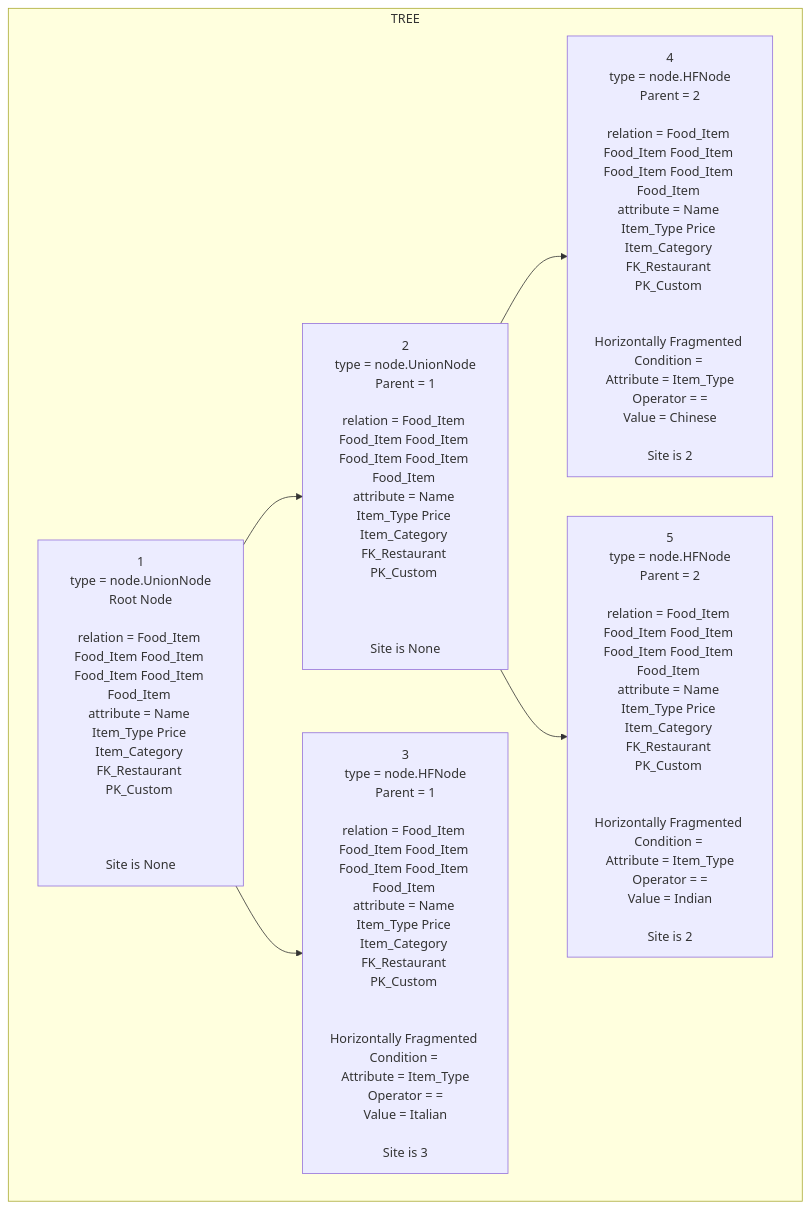
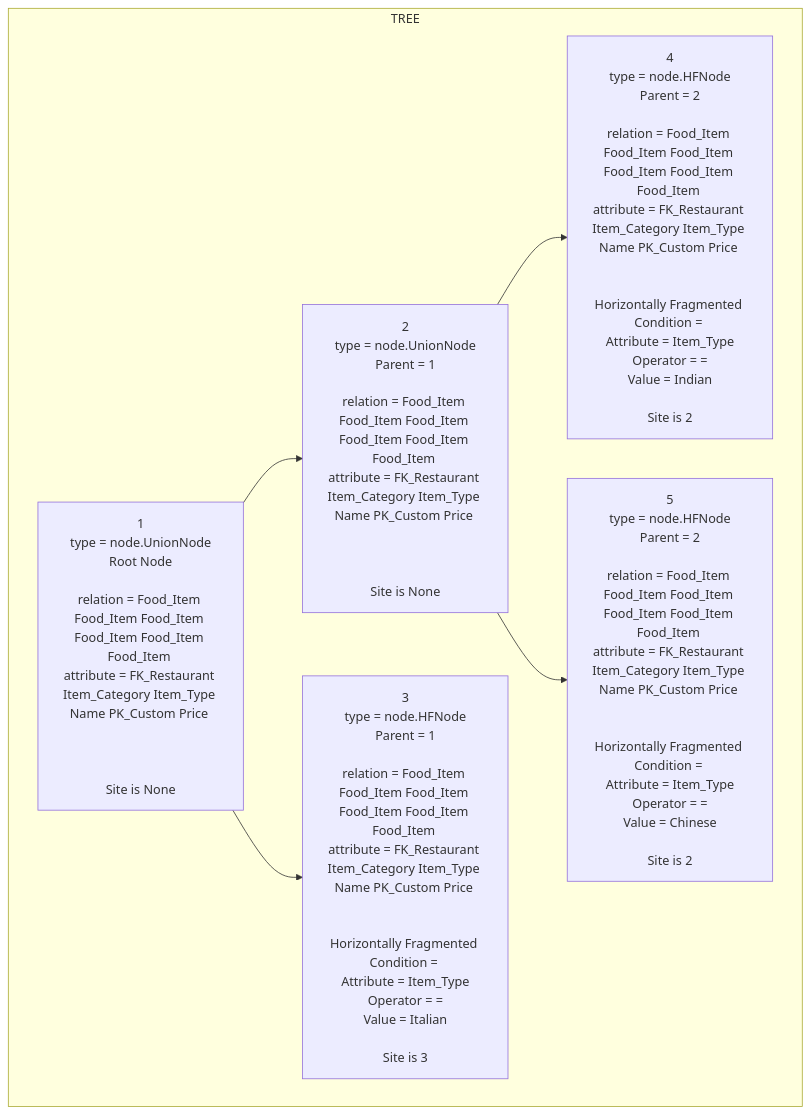
Before and after one commit to krtikgrg/Distributed_Database_System: the diagram in phase4/src/complete.md, drawn with Mermaid. The commit also changed 8 other files, not shown here.

````diff
--- a/phase4/src/complete.md
+++ b/phase4/src/complete.md
@@ -1,14 +1,14 @@
 ```mermaid
 graph TD
 subgraph TREE
-1[1<br/>type = node.UnionNode<br/>Root Node<br/><br/>relation = Food_Item Food_Item Food_Item Food_Item Food_Item Food_Item <br/>attribute = Name Item_Type Price Item_Category FK_Restaurant PK_Custom <br/><br/><br/><br/>Site is None<br/>]
-2[2<br/>type = node.UnionNode<br/>Parent = 1<br/><br/>relation = Food_Item Food_Item Food_Item Food_Item Food_Item Food_Item <br/>attribute = Name Item_Type Price Item_Category FK_Restaurant PK_Custom <br/><br/><br/><br/>Site is None<br/>]
+1[1<br/>type = node.UnionNode<br/>Root Node<br/><br/>relation = Food_Item Food_Item Food_Item Food_Item Food_Item Food_Item <br/>attribute = FK_Restaurant Item_Category Item_Type Name PK_Custom Price <br/><br/><br/><br/>Site is None<br/>]
+2[2<br/>type = node.UnionNode<br/>Parent = 1<br/><br/>relation = Food_Item Food_Item Food_Item Food_Item Food_Item Food_Item <br/>attribute = FK_Restaurant Item_Category Item_Type Name PK_Custom Price <br/><br/><br/><br/>Site is None<br/>]
 1-->2
-3[3<br/>type = node.HFNode<br/>Parent = 1<br/><br/>relation = Food_Item Food_Item Food_Item Food_Item Food_Item Food_Item <br/>attribute = Name Item_Type Price Item_Category FK_Restaurant PK_Custom <br/><br/><br/>Horizontally Fragmented Condition = <br/>Attribute = Item_Type<br/>Operator = =<br/>Value = Italian<br/><br/>Site is 3<br/>]
+3[3<br/>type = node.HFNode<br/>Parent = 1<br/><br/>relation = Food_Item Food_Item Food_Item Food_Item Food_Item Food_Item <br/>attribute = FK_Restaurant Item_Category Item_Type Name PK_Custom Price <br/><br/><br/>Horizontally Fragmented Condition = <br/>Attribute = Item_Type<br/>Operator = =<br/>Value = Italian<br/><br/>Site is 3<br/>]
 1-->3
-4[4<br/>type = node.HFNode<br/>Parent = 2<br/><br/>relation = Food_Item Food_Item Food_Item Food_Item Food_Item Food_Item <br/>attribute = Name Item_Type Price Item_Category FK_Restaurant PK_Custom <br/><br/><br/>Horizontally Fragmented Condition = <br/>Attribute = Item_Type<br/>Operator = =<br/>Value = Chinese<br/><br/>Site is 2<br/>]
+4[4<br/>type = node.HFNode<br/>Parent = 2<br/><br/>relation = Food_Item Food_Item Food_Item Food_Item Food_Item Food_Item <br/>attribute = FK_Restaurant Item_Category Item_Type Name PK_Custom Price <br/><br/><br/>Horizontally Fragmented Condition = <br/>Attribute = Item_Type<br/>Operator = =<br/>Value = Indian<br/><br/>Site is 2<br/>]
 2-->4
-5[5<br/>type = node.HFNode<br/>Parent = 2<br/><br/>relation = Food_Item Food_Item Food_Item Food_Item Food_Item Food_Item <br/>attribute = Name Item_Type Price Item_Category FK_Restaurant PK_Custom <br/><br/><br/>Horizontally Fragmented Condition = <br/>Attribute = Item_Type<br/>Operator = =<br/>Value = Indian<br/><br/>Site is 2<br/>]
+5[5<br/>type = node.HFNode<br/>Parent = 2<br/><br/>relation = Food_Item Food_Item Food_Item Food_Item Food_Item Food_Item <br/>attribute = FK_Restaurant Item_Category Item_Type Name PK_Custom Price <br/><br/><br/>Horizontally Fragmented Condition = <br/>Attribute = Item_Type<br/>Operator = =<br/>Value = Chinese<br/><br/>Site is 2<br/>]
 2-->5
 end
 ```
````
